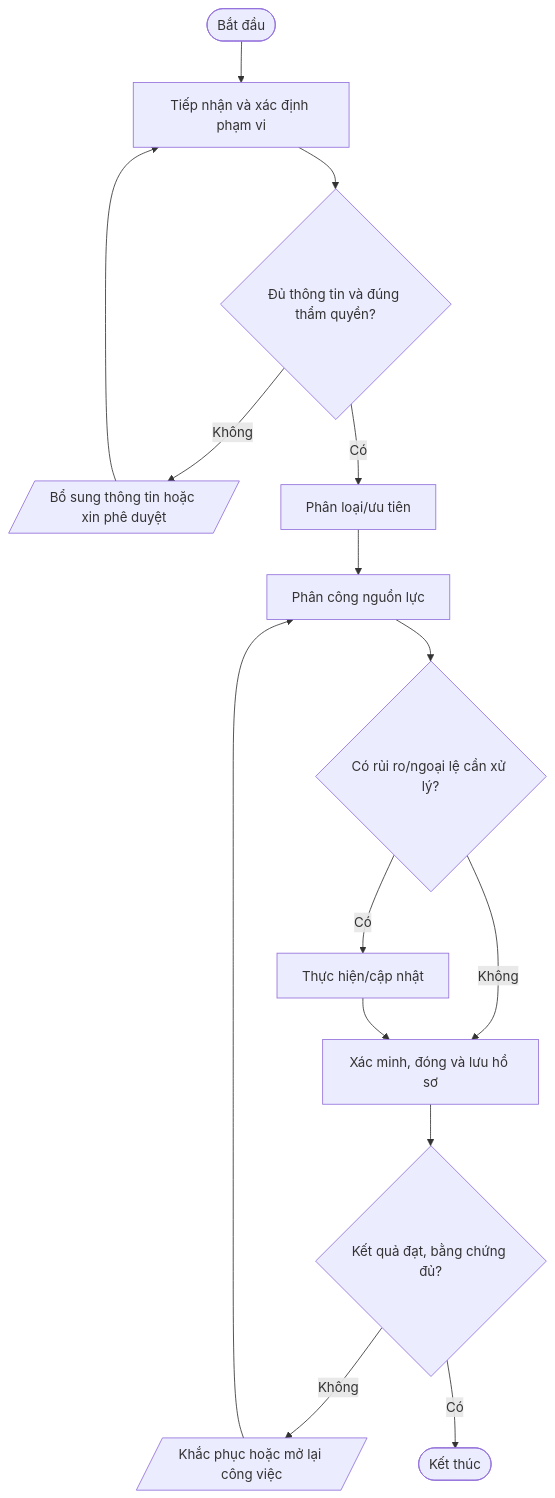
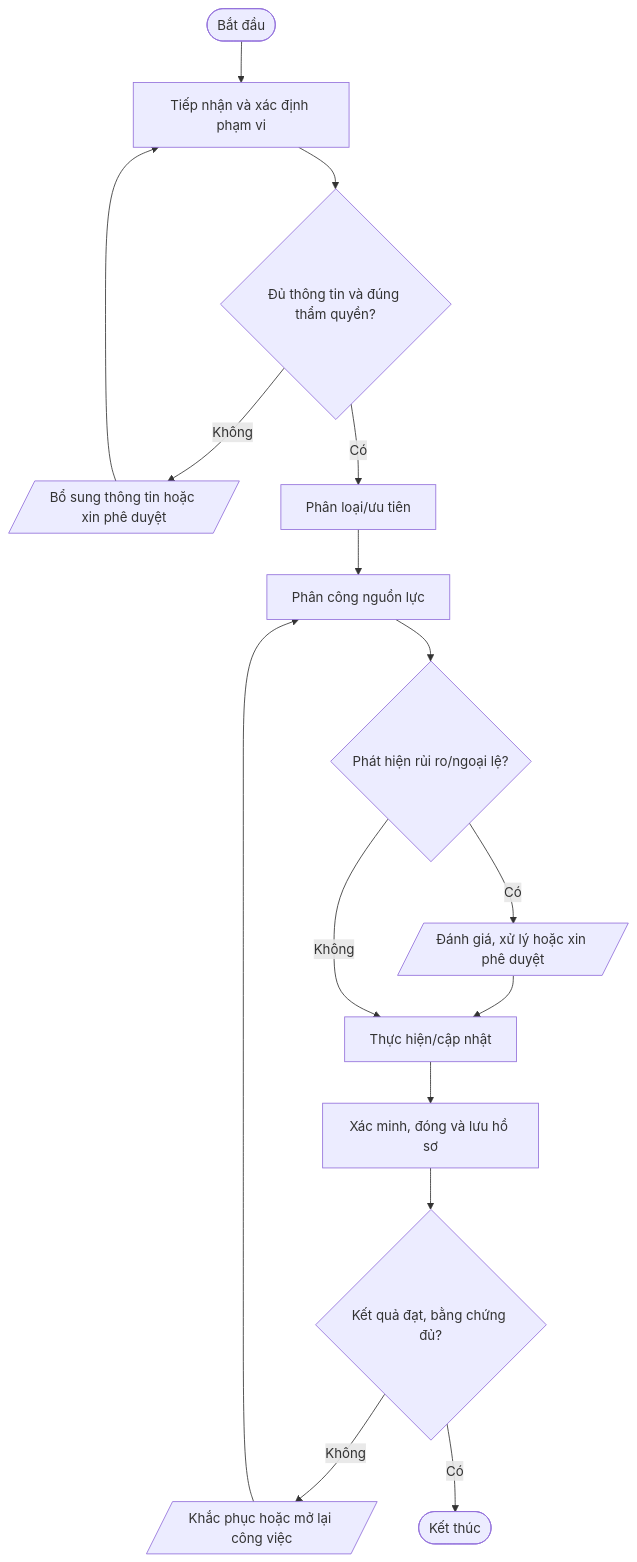
Before and after one commit to daoaigiangnam/Quy_Trinh_Chuan: the third of 9 diagrams in quy-trinh/02-Van-hanh-IT/README.md, drawn with Mermaid. The commit also changed other lines of this file, not shown here.

Commit message:
docs: correct procedure flowchart decision paths

````diff
--- a/quy-trinh/02-Van-hanh-IT/README.md
+++ b/quy-trinh/02-Van-hanh-IT/README.md
@@ -231,17 +233,18 @@
 ```mermaid
 flowchart TD
   A([Bắt đầu]) --> S1["Tiếp nhận và xác định phạm vi"]
   S1 --> D1{"Đủ thông tin và đúng thẩm quyền?"}
   D1 -- Không --> F1[/"Bổ sung thông tin hoặc xin phê duyệt"/]
   F1 --> S1
   D1 -- Có --> S2["Phân loại/ưu tiên"]
   S2 --> S3["Phân công nguồn lực"]
-  S3 --> D2{"Có rủi ro/ngoại lệ cần xử lý?"}
-  D2 -- Có --> S4["Thực hiện/cập nhật"]
-  D2 -- Không --> S5["Xác minh, đóng và lưu hồ sơ"]
-  S4 --> S5
+  S3 --> D2{"Phát hiện rủi ro/ngoại lệ?"}
+  D2 -- Có --> RISK[/"Đánh giá, xử lý hoặc xin phê duyệt"/]
+  RISK --> S4["Thực hiện/cập nhật"]
+  D2 -- Không --> S4
+  S4 --> S5["Xác minh, đóng và lưu hồ sơ"]
   S5 --> D3{"Kết quả đạt, bằng chứng đủ?"}
   D3 -- Không --> R[/"Khắc phục hoặc mở lại công việc"/]
   R --> S3
   D3 -- Có --> Z([Kết thúc])
 ```
````
